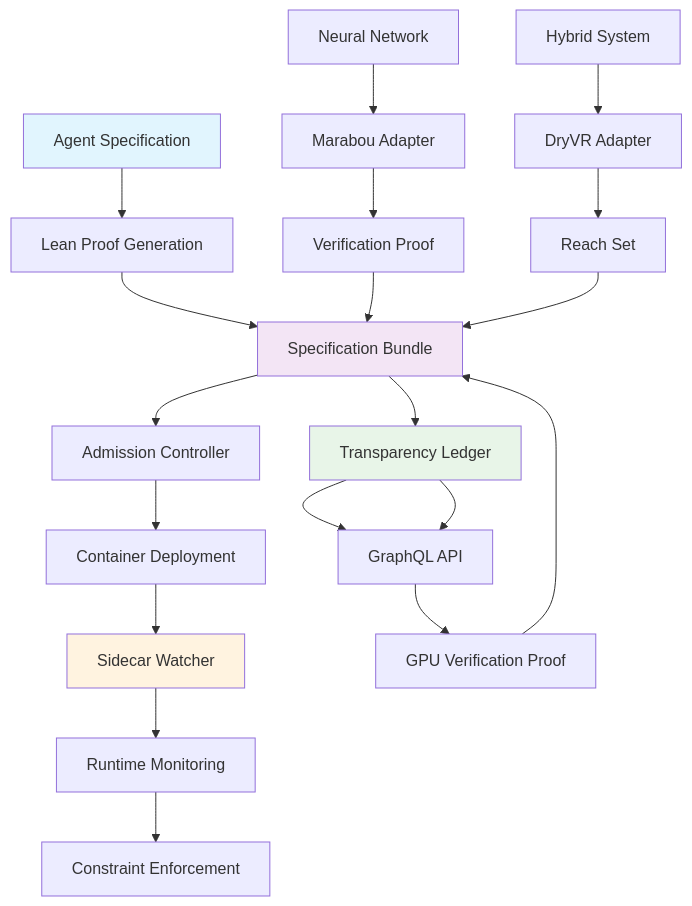
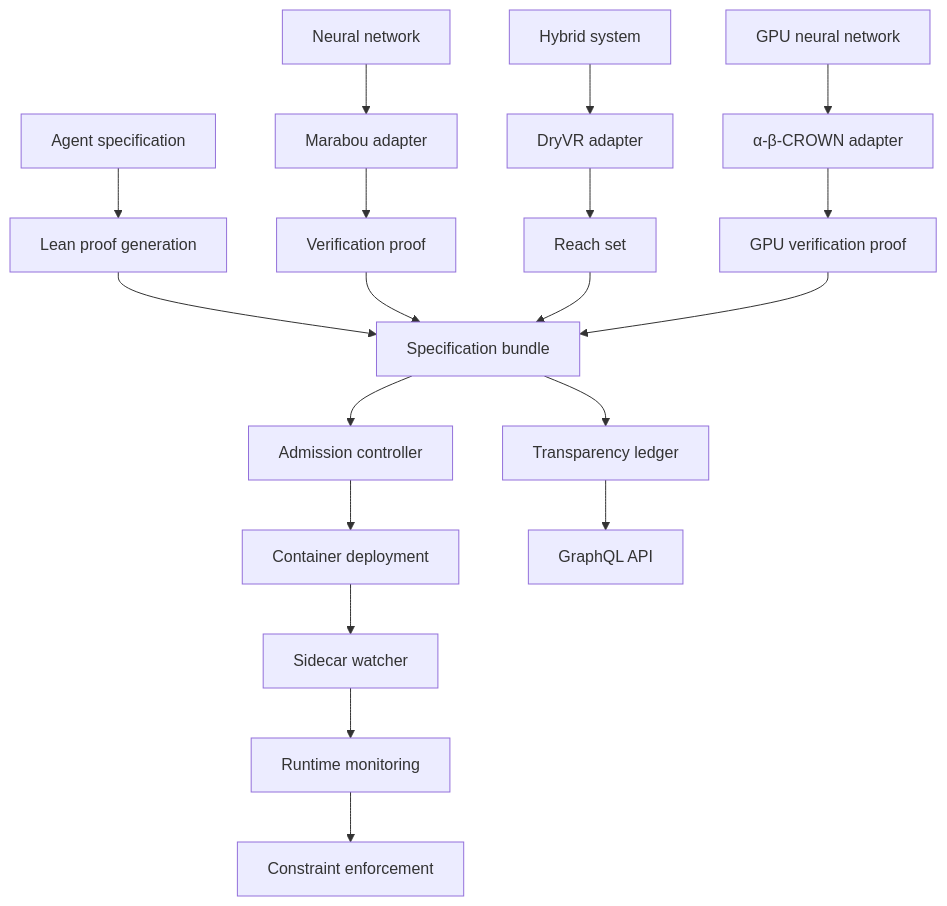
The diagram in README.md (SentinelOps-CI/provability-fabric), drawn with Mermaid before and after one commit. The commit also changed other lines of this file and 100 other files, not shown here.

````diff
--- a/README.md
+++ b/README.md
@@ -208,30 +192,25 @@
 ```mermaid
 flowchart TD
-    A[Agent Specification] --> B[Lean Proof Generation]
-    B --> C[Specification Bundle]
-    C --> D[Admission Controller]
-    D --> E[Container Deployment]
-    E --> F[Sidecar Watcher]
-    F --> G[Runtime Monitoring]
-    G --> H[Constraint Enforcement]
+    A[Agent specification] --> B[Lean proof generation]
+    B --> C[Specification bundle]
+    C --> D[Admission controller]
+    D --> E[Container deployment]
+    E --> F[Sidecar watcher]
+    F --> G[Runtime monitoring]
+    G --> H[Constraint enforcement]
 
-    I[Neural Network] --> J[Marabou Adapter]
-    J --> K[Verification Proof]
+    I[Neural network] --> J[Marabou adapter]
+    J --> K[Verification proof]
     K --> C
 
-    L[Hybrid System] --> M[DryVR Adapter]
-    M --> N[Reach Set]
+    L[Hybrid system] --> M[DryVR adapter]
+    M --> N[Reach set]
     N --> C
 
-    O[GPU Neural Network] --> P[α-β-CROWN Adapter]
-    P --> Q[GPU Verification Proof]
-    Q --> C
+    GNN[GPU neural network] --> ABC["α-β-CROWN adapter"]
+    ABC --> GPUP[GPU verification proof]
+    GPUP --> C
 
-    C --> O[Transparency Ledger]
-    O --> P[GraphQL API]
-
-    style A fill:#e1f5fe
-    style C fill:#f3e5f5
-    style F fill:#fff3e0
-    style O fill:#e8f5e8
+    C --> TL[Transparency ledger]
+    TL --> GQL[GraphQL API]
 ```
````
